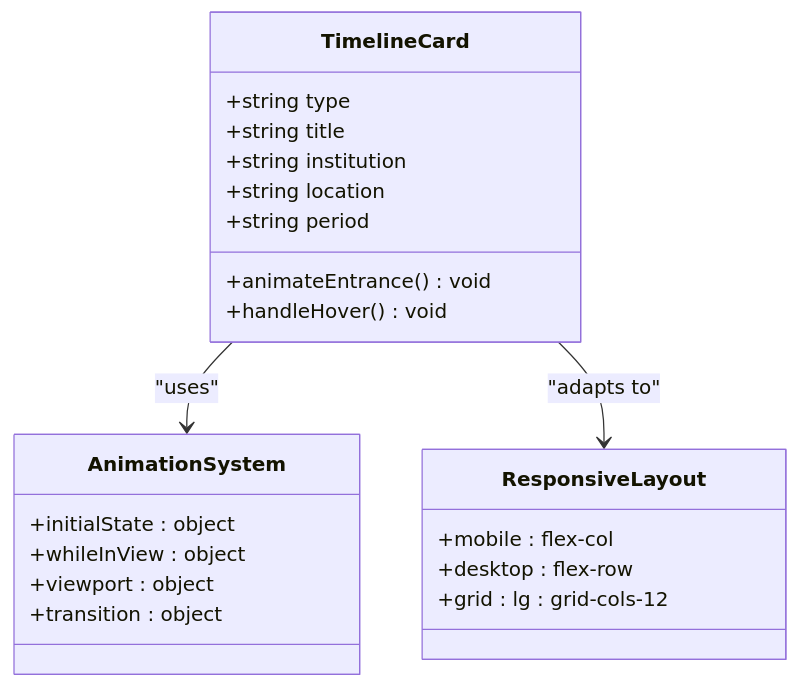
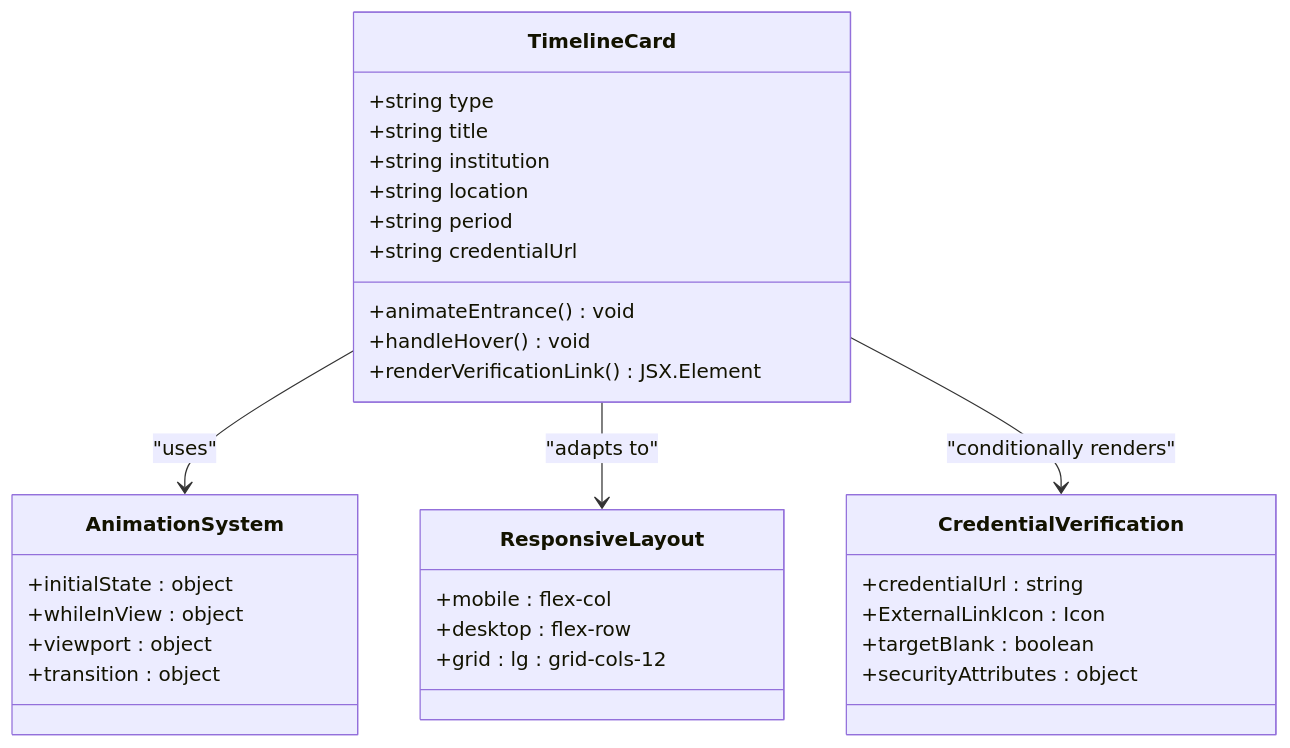
One commit to subash7781/Portfolio changed the fifth of 10 diagrams in .qoder/repowiki/en/content/Component Library & UI Elements/EducationSection Component.md. Above: the diagram before and after it, drawn with Mermaid. The commit also changed other lines of this file and 3 other files, not shown here.

````diff
--- a/.qoder/repowiki/en/content/Component Library & UI Elements/EducationSection Component.md
+++ b/.qoder/repowiki/en/content/Component Library & UI Elements/EducationSection Component.md
@@ -189,25 +202,34 @@
 ```mermaid
 classDiagram
 class TimelineCard {
 +string type
 +string title
 +string institution
 +string location
 +string period
++string credentialUrl
 +animateEntrance() void
 +handleHover() void
++renderVerificationLink() JSX.Element
 }
 class AnimationSystem {
 +initialState : object
 +whileInView : object
 +viewport : object
 +transition : object
 }
 class ResponsiveLayout {
 +mobile : flex-col
 +desktop : flex-row
 +grid : lg : grid-cols-12
 }
+class CredentialVerification {
++credentialUrl : string
++ExternalLinkIcon : Icon
++targetBlank : boolean
++securityAttributes : object
+}
 TimelineCard --> AnimationSystem : "uses"
 TimelineCard --> ResponsiveLayout : "adapts to"
+TimelineCard --> CredentialVerification : "conditionally renders"
 ```
````
